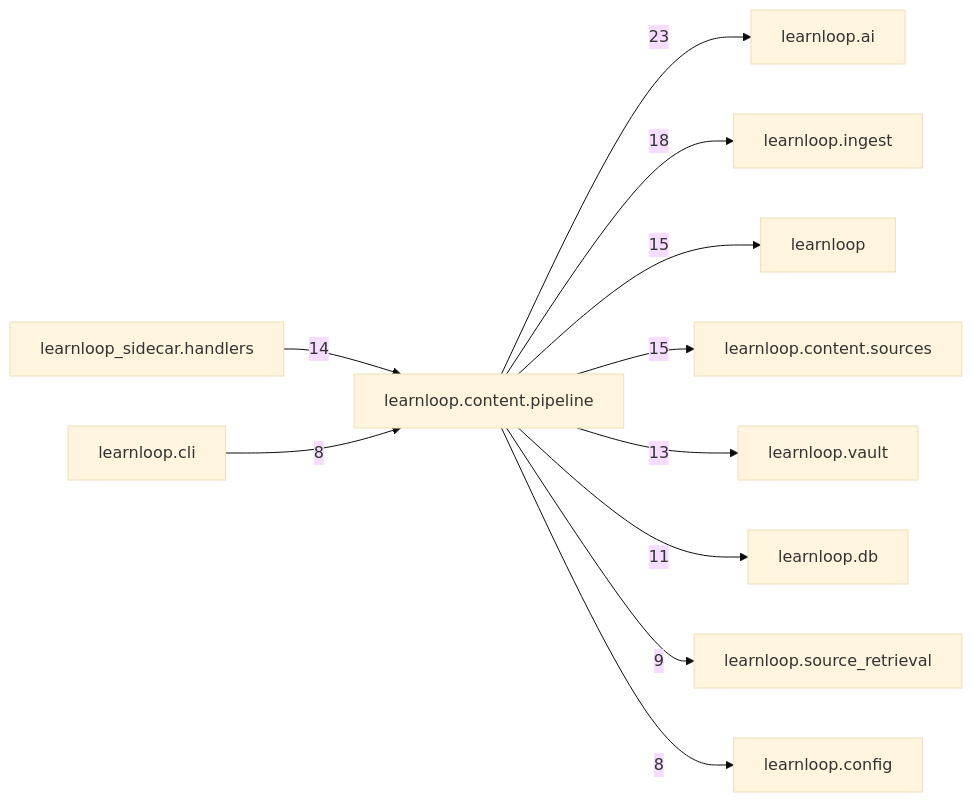
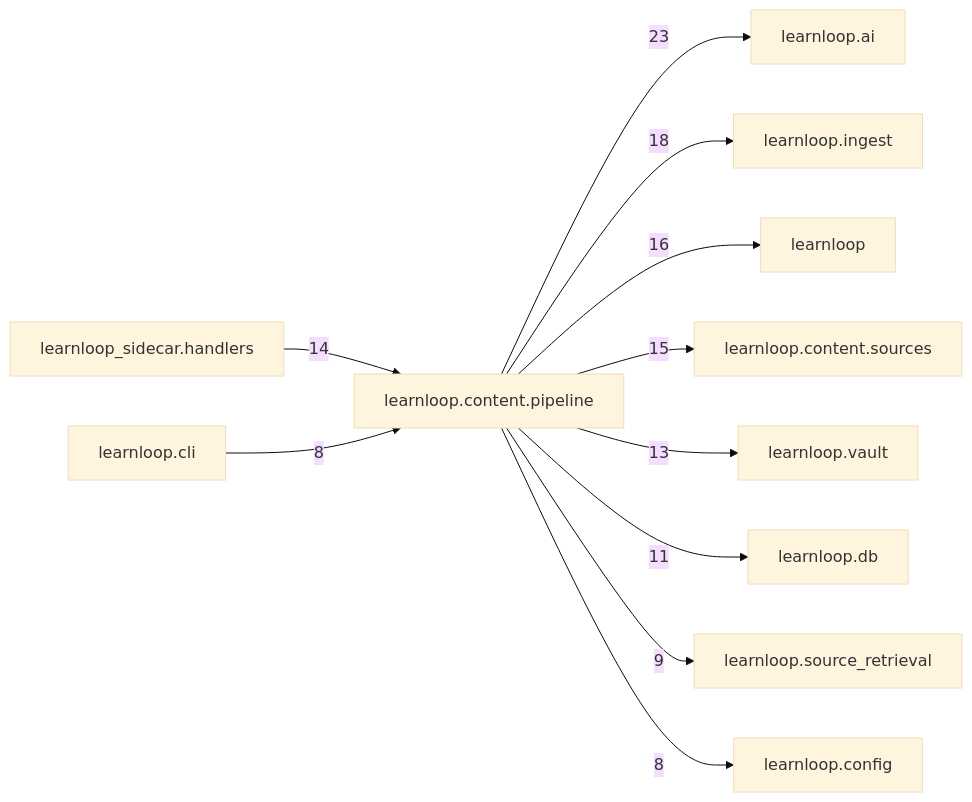
The diagram in docs/learnloop-architecture-vault/Reference/Modules/learnloop/content/pipeline/_package.md (6up-b/learnanything), drawn with Mermaid (base theme) before and after one commit. The commit also changed other lines of this file and 48 other files, not shown here.

````diff
--- a/docs/learnloop-architecture-vault/Reference/Modules/learnloop/content/pipeline/_package.md
+++ b/docs/learnloop-architecture-vault/Reference/Modules/learnloop/content/pipeline/_package.md
@@ -110,24 +110,24 @@
 ```mermaid
 flowchart LR
     center["learnloop.content.pipeline"]
     n_learnloop_ai["learnloop.ai"]
     n_learnloop_ingest["learnloop.ingest"]
     n_learnloop["learnloop"]
     n_learnloop_content_sources["learnloop.content.sources"]
     n_learnloop_sidecar_handlers["learnloop_sidecar.handlers"]
     n_learnloop_vault["learnloop.vault"]
     n_learnloop_db["learnloop.db"]
     n_learnloop_source_retrieval["learnloop.source_retrieval"]
     n_learnloop_cli["learnloop.cli"]
     n_learnloop_config["learnloop.config"]
     center -->|23| n_learnloop_ai
     center -->|18| n_learnloop_ingest
-    center -->|15| n_learnloop
+    center -->|16| n_learnloop
     center -->|15| n_learnloop_content_sources
     n_learnloop_sidecar_handlers -->|14| center
     center -->|13| n_learnloop_vault
     center -->|11| n_learnloop_db
     center -->|9| n_learnloop_source_retrieval
     n_learnloop_cli -->|8| center
     center -->|8| n_learnloop_config
 ```
````
